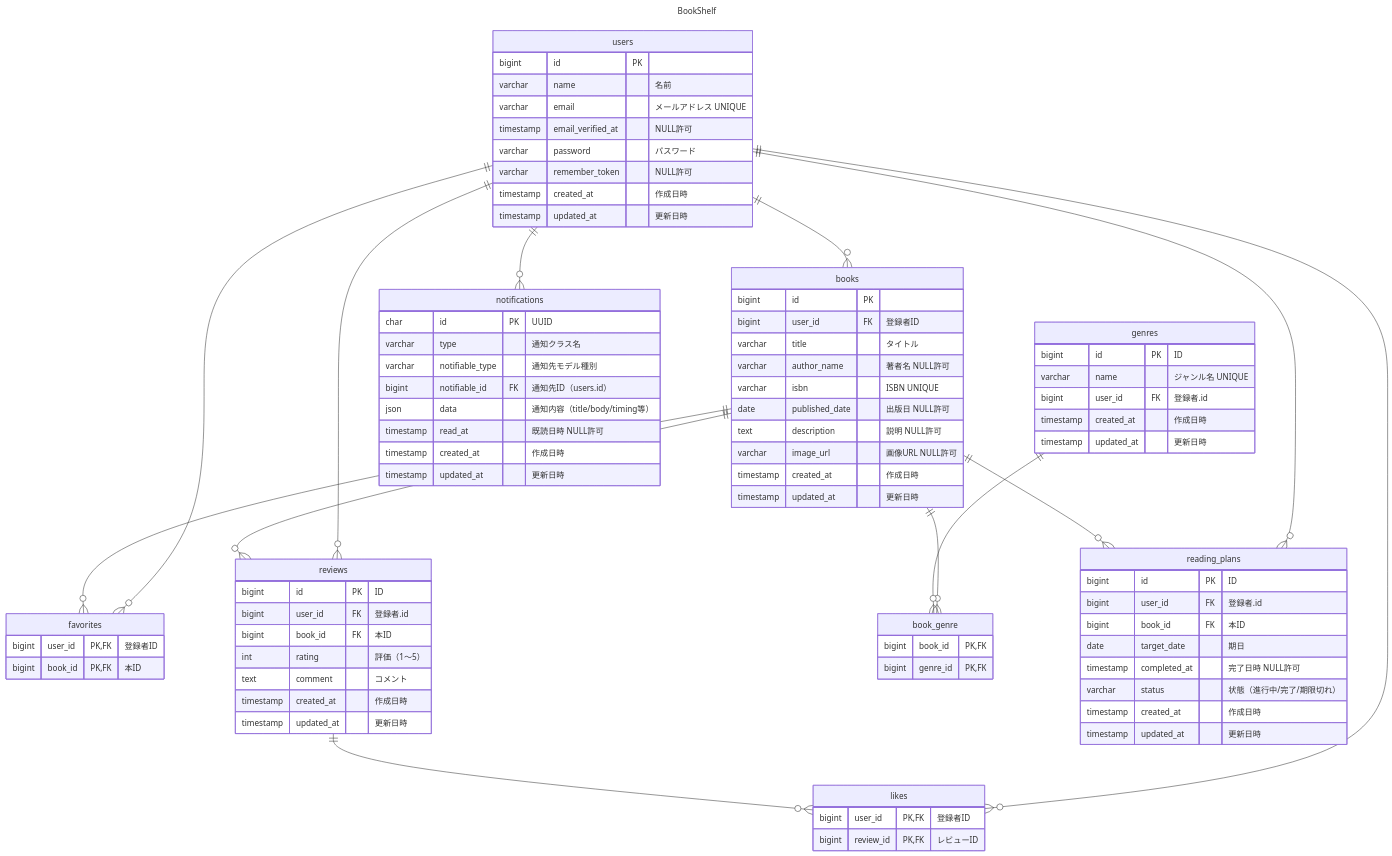
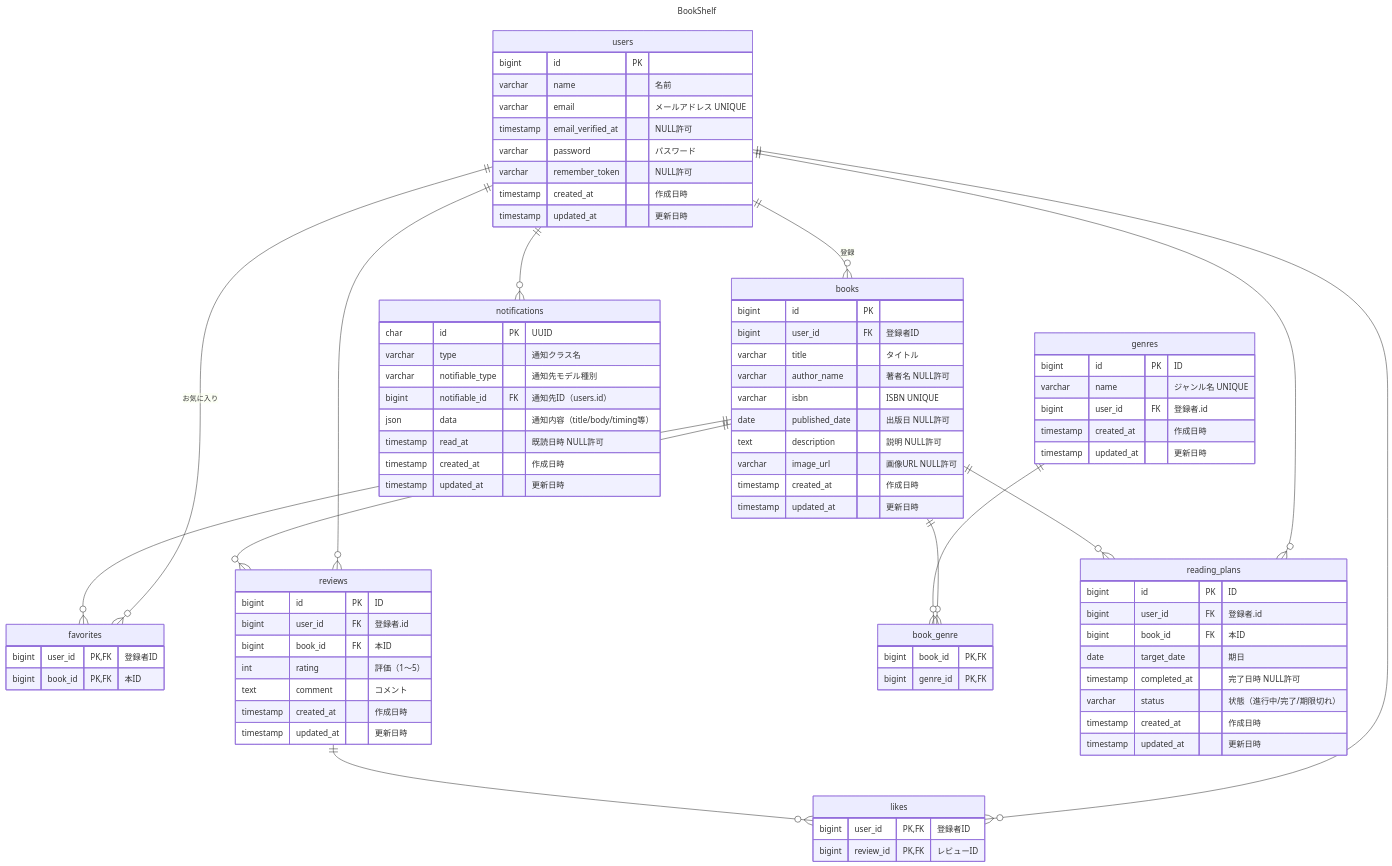
One commit to hashimo537/BookShelf changed the diagram in README.md. Above: the diagram before and after it, drawn with Mermaid. The commit also changed other lines of this file, not shown here.

```diff
--- a/README.md
+++ b/README.md
@@ -329,8 +337,8 @@
 title: "BookShelf"
 ---
 erDiagram
-    users ||--o{ books : ""
-    users ||--o{ favorites : ""
+    users ||--o{ books : "登録"
+    users ||--o{ favorites : "お気に入り"
     books ||--o{ favorites : ""
 
     users {
```
